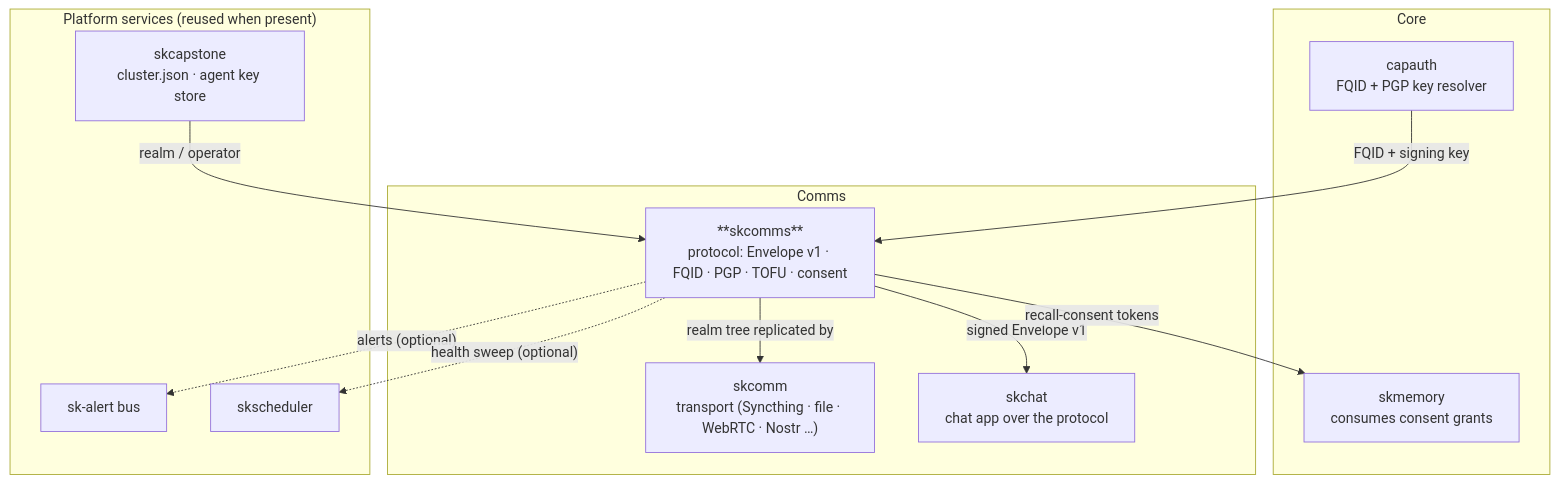
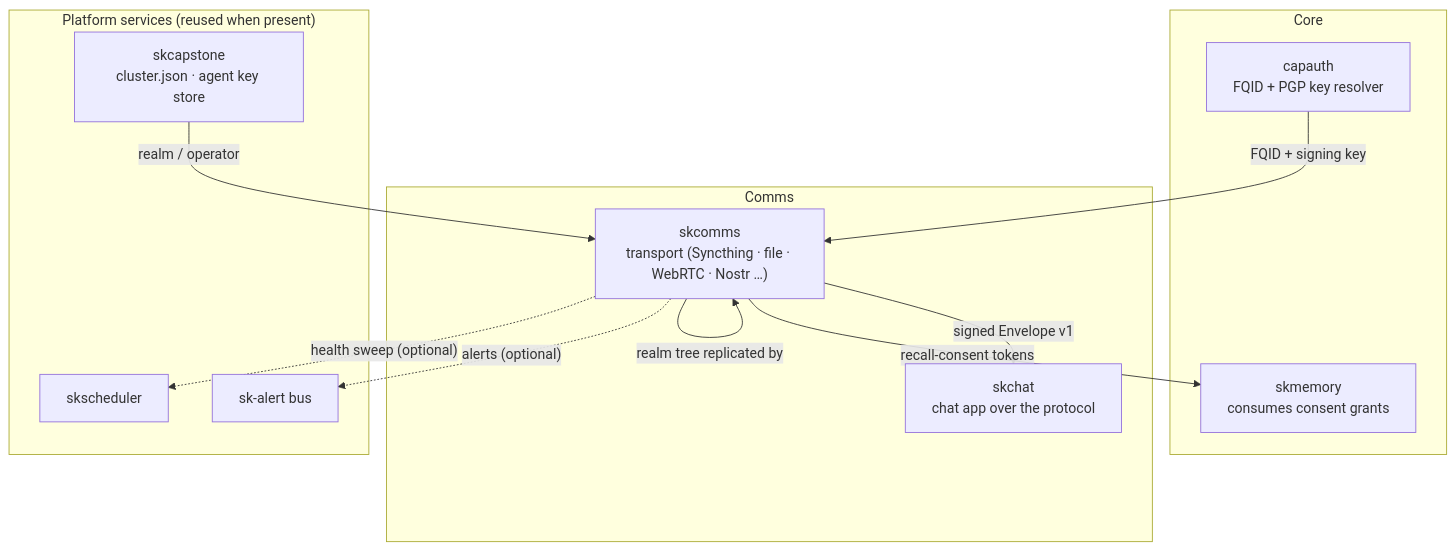
Before and after one commit to smilinTux/skcomms: the eighth of 8 diagrams in docs/ARCHITECTURE.md, drawn with Mermaid. The commit also changed other lines of this file and 53 other files, not shown here.

Commit message:
refactor: rename SKComm class + SKCOMM_* env + skcomm refs → skcomms (back-compat alias kept)

````diff
--- a/docs/ARCHITECTURE.md
+++ b/docs/ARCHITECTURE.md
@@ -327,25 +327,25 @@
 ```mermaid
 flowchart TD
     subgraph COMMS["Comms"]
       SKCOMMS["**skcomms**<br/>protocol: Envelope v1 · FQID · PGP · TOFU · consent"]
-      SKCOMM["skcomm<br/>transport (Syncthing · file · WebRTC · Nostr …)"]
+      SKCOMMS["skcomms<br/>transport (Syncthing · file · WebRTC · Nostr …)"]
       SKCHAT["skchat<br/>chat app over the protocol"]
     end
     subgraph CORE["Core"]
       CAPAUTH["capauth<br/>FQID + PGP key resolver"]
       SKMEMORY["skmemory<br/>consumes consent grants"]
     end
     subgraph PLATFORM["Platform services (reused when present)"]
       ALERT["sk-alert bus"]
       SCHED["skscheduler"]
       CAP["skcapstone<br/>cluster.json · agent key store"]
     end
 
     CAPAUTH -->|"FQID + signing key"| SKCOMMS
     CAP -->|"realm / operator"| SKCOMMS
     SKCOMMS -->|"signed Envelope v1"| SKCHAT
-    SKCOMMS -->|"realm tree replicated by"| SKCOMM
+    SKCOMMS -->|"realm tree replicated by"| SKCOMMS
     SKCOMMS -->|"recall-consent tokens"| SKMEMORY
     SKCOMMS -. "alerts (optional)" .-> ALERT
     SKCOMMS -. "health sweep (optional)" .-> SCHED
 ```
````
